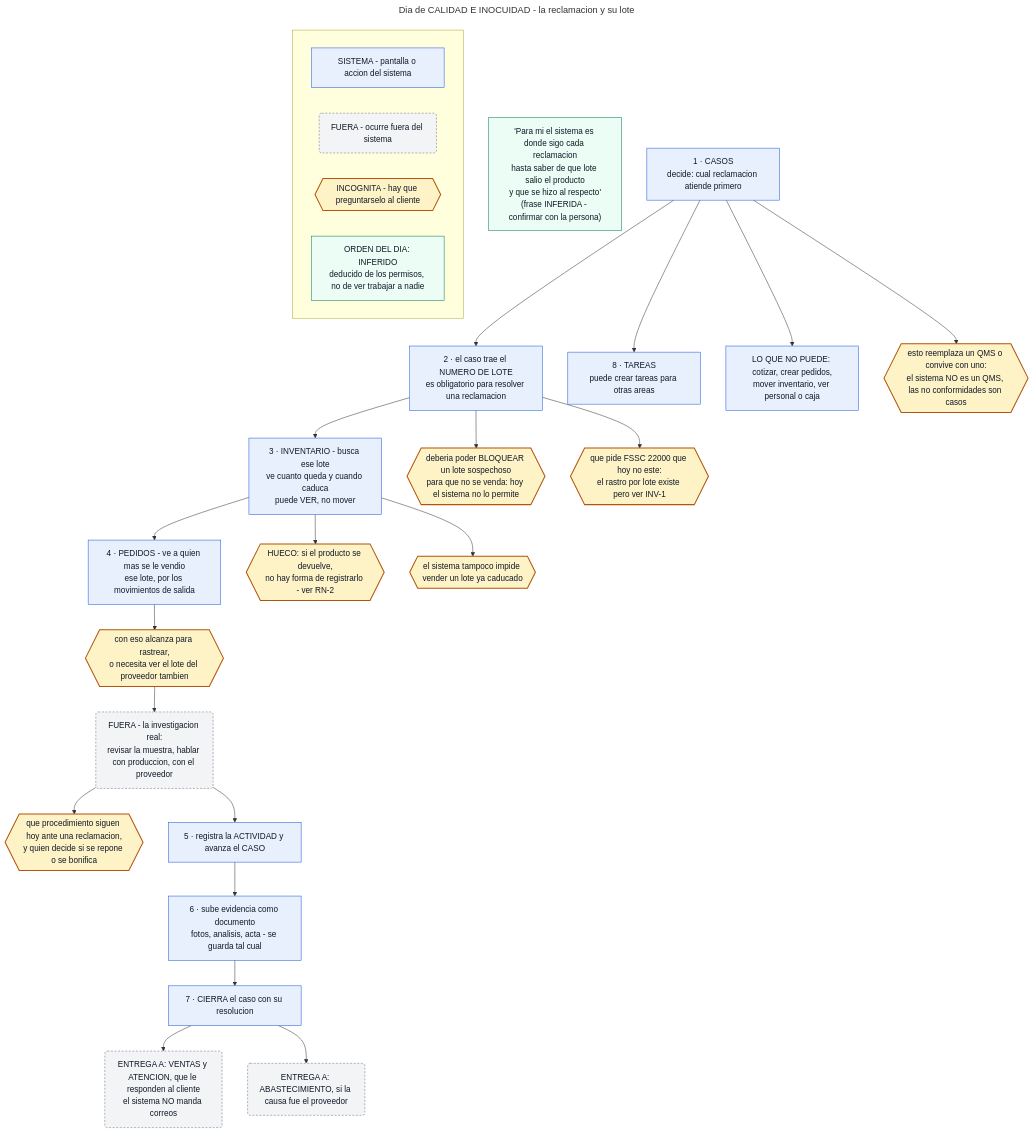
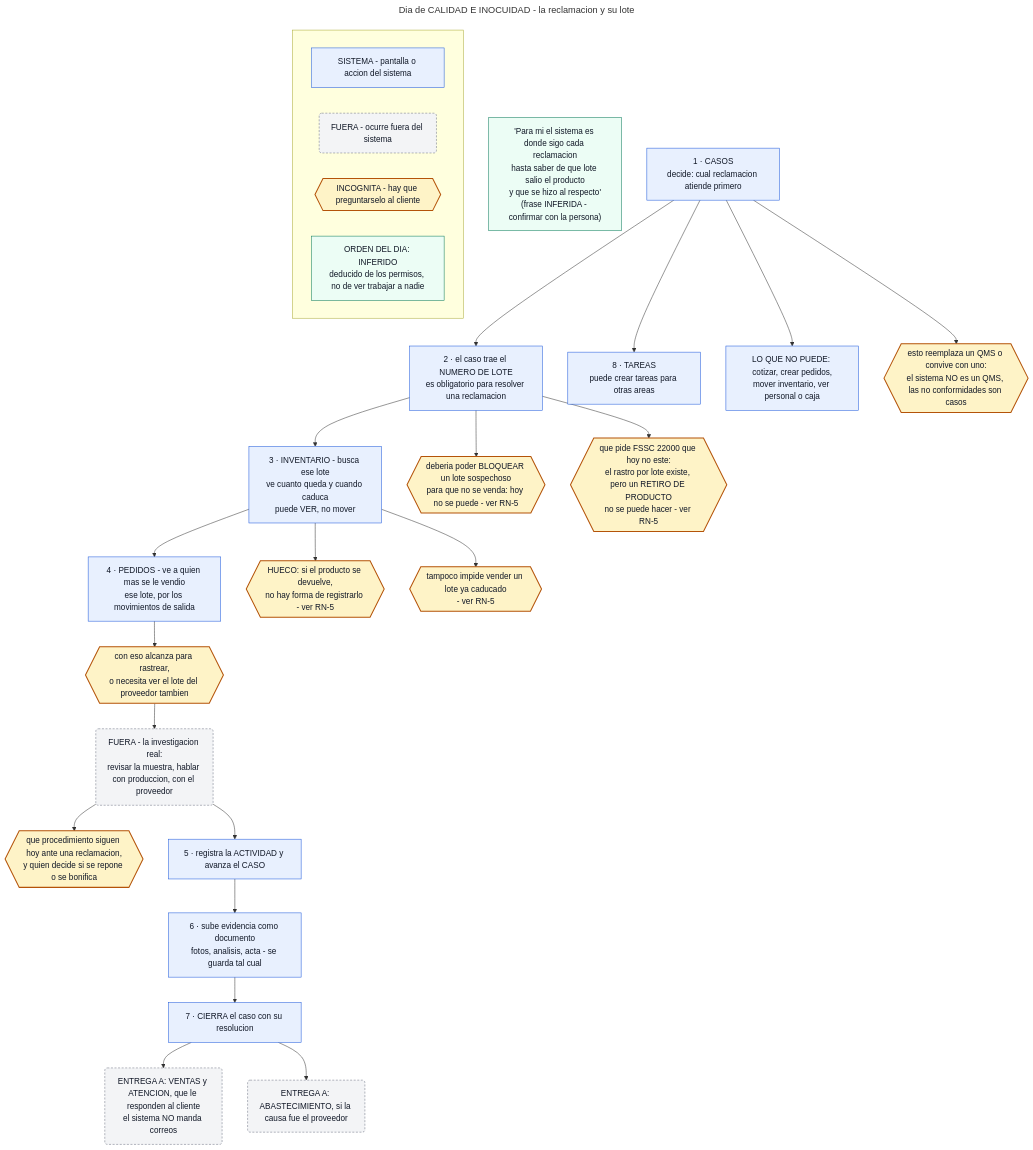
One commit to erimaan13-cmd/lahuerta-crm changed the diagram in docs/diagrams/24_uso_calidad.mmd. Above: the diagram before and after it, drawn with Mermaid. The commit also changed 2 other files, not shown here.

```diff
--- a/docs/diagrams/24_uso_calidad.mmd
+++ b/docs/diagrams/24_uso_calidad.mmd
@@ -1,49 +1,49 @@
 ---
 title: Dia de CALIDAD E INOCUIDAD - la reclamacion y su lote
 ---
 flowchart TB
   subgraph LEYENDA[" "]
     L1["SISTEMA - pantalla o accion del sistema"]
     L2("FUERA - ocurre fuera del sistema")
     L3{{"INCOGNITA - hay que preguntarselo al cliente"}}
     L4["ORDEN DEL DIA: INFERIDO<br/>deducido de los permisos, no de ver trabajar a nadie"]
   end
 
   F1["'Para mi el sistema es donde sigo cada reclamacion<br/>hasta saber de que lote salio el producto<br/>y que se hizo al respecto'<br/>(frase INFERIDA - confirmar con la persona)"]
 
   A1["1 · CASOS<br/>decide: cual reclamacion atiende primero"]
   A1 --> A2["2 · el caso trae el NUMERO DE LOTE<br/>es obligatorio para resolver una reclamacion"]
 
   A2 --> B1["3 · INVENTARIO - busca ese lote<br/>ve cuanto queda y cuando caduca<br/>puede VER, no mover"]
   B1 --> B2["4 · PEDIDOS - ve a quien mas se le vendio<br/>ese lote, por los movimientos de salida"]
   B2 --> B3{{"con eso alcanza para rastrear,<br/>o necesita ver el lote del proveedor tambien"}}
 
   B3 --> C1("FUERA - la investigacion real:<br/>revisar la muestra, hablar con produccion, con el proveedor")
   C1 --> C2{{"que procedimiento siguen hoy ante una reclamacion,<br/>y quien decide si se repone o se bonifica"}}
 
   C1 --> D1["5 · registra la ACTIVIDAD y avanza el CASO"]
   D1 --> D2["6 · sube evidencia como documento<br/>fotos, analisis, acta - se guarda tal cual"]
   D2 --> D3["7 · CIERRA el caso con su resolucion"]
 
   D3 --> E9("ENTREGA A: VENTAS y ATENCION, que le responden al cliente<br/>el sistema NO manda correos")
   D3 --> E8("ENTREGA A: ABASTECIMIENTO, si la causa fue el proveedor")
 
   A1 --> F2["8 · TAREAS<br/>puede crear tareas para otras areas"]
 
-  B1 --> G1{{"HUECO: si el producto se devuelve,<br/>no hay forma de registrarlo - ver RN-2"}}
-  A2 --> G2{{"deberia poder BLOQUEAR un lote sospechoso<br/>para que no se venda: hoy el sistema no lo permite"}}
-  B1 --> G3{{"el sistema tampoco impide vender un lote ya caducado"}}
+  B1 --> G1{{"HUECO: si el producto se devuelve,<br/>no hay forma de registrarlo - ver RN-5"}}
+  A2 --> G2{{"deberia poder BLOQUEAR un lote sospechoso<br/>para que no se venda: hoy no se puede - ver RN-5"}}
+  B1 --> G3{{"tampoco impide vender un lote ya caducado<br/>- ver RN-5"}}
 
   A1 --> H1["LO QUE NO PUEDE: cotizar, crear pedidos,<br/>mover inventario, ver personal o caja"]
 
   A1 --> I1{{"esto reemplaza un QMS o convive con uno:<br/>el sistema NO es un QMS, las no conformidades son casos"}}
-  A2 --> I2{{"que pide FSSC 22000 que hoy no este:<br/>el rastro por lote existe pero ver INV-1"}}
+  A2 --> I2{{"que pide FSSC 22000 que hoy no este:<br/>el rastro por lote existe, pero un RETIRO DE PRODUCTO<br/>no se puede hacer - ver RN-5"}}
 
   classDef sistema fill:#e8f0fe,stroke:#1a56db,color:#111827
   classDef fuera fill:#f3f4f6,stroke:#6b7280,color:#111827,stroke-dasharray: 4 3
   classDef incognita fill:#fef3c7,stroke:#b45309,color:#111827,stroke-width:2px
   classDef frase fill:#ecfdf5,stroke:#047857,color:#111827
   class L1,A1,A2,B1,B2,D1,D2,D3,F2,H1 sistema
   class L2,C1,E9,E8 fuera
   class L3,B3,C2,G1,G2,G3,I1,I2 incognita
   class F1,L4 frase
```
